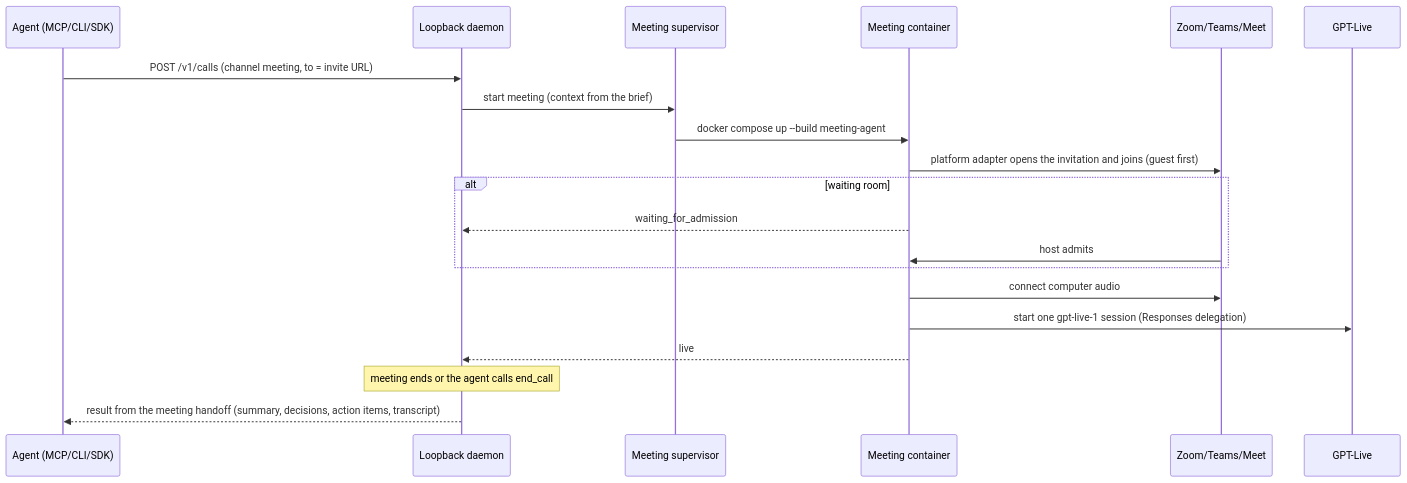
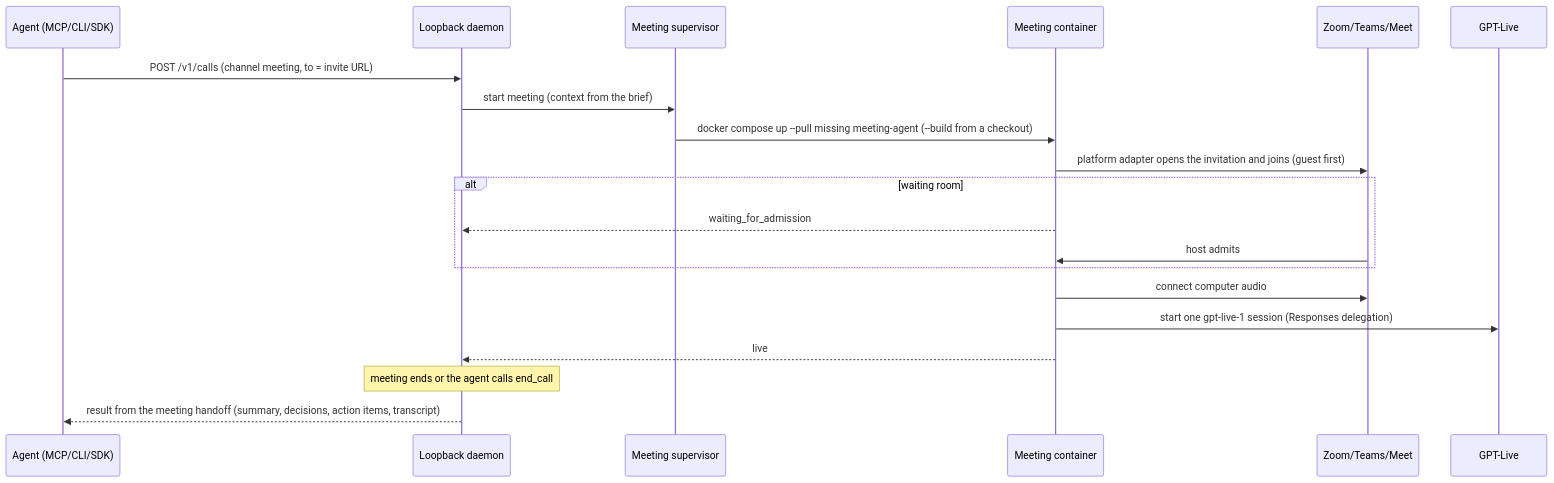
Before and after one commit to kaelorlabs/smitline: the first of 3 diagrams in docs/architecture.md, drawn with Mermaid. The commit also changed other lines of this file and 49 other files, not shown here.

````diff
--- a/docs/architecture.md
+++ b/docs/architecture.md
@@ -66,22 +66,22 @@
 ```mermaid
 sequenceDiagram
     participant Agent as Agent (MCP/CLI/SDK)
     participant Daemon as Loopback daemon
     participant Super as Meeting supervisor
     participant Bot as Meeting container
     participant Meet as Zoom/Teams/Meet
     participant Live as GPT-Live
     Agent->>Daemon: POST /v1/calls (channel meeting, to = invite URL)
     Daemon->>Super: start meeting (context from the brief)
-    Super->>Bot: docker compose up --build meeting-agent
+    Super->>Bot: docker compose up --pull missing meeting-agent (--build from a checkout)
     Bot->>Meet: platform adapter opens the invitation and joins (guest first)
     alt waiting room
         Bot-->>Daemon: waiting_for_admission
         Meet->>Bot: host admits
     end
     Bot->>Meet: connect computer audio
     Bot->>Live: start one gpt-live-1 session (Responses delegation)
     Bot-->>Daemon: live
     Note over Daemon: meeting ends or the agent calls end_call
     Daemon-->>Agent: result from the meeting handoff (summary, decisions, action items, transcript)
 ```
````
